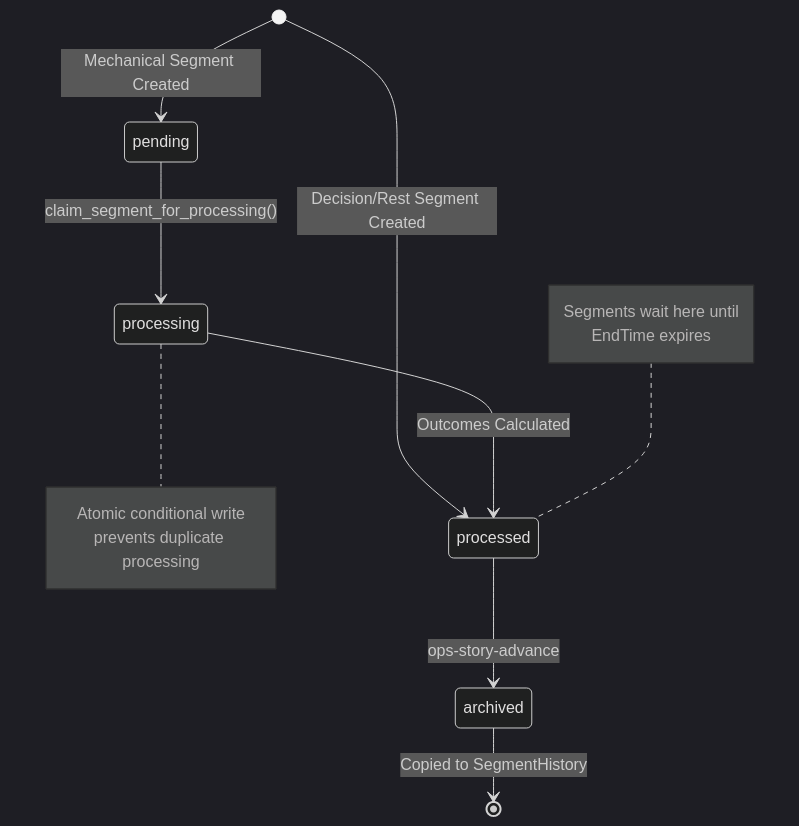
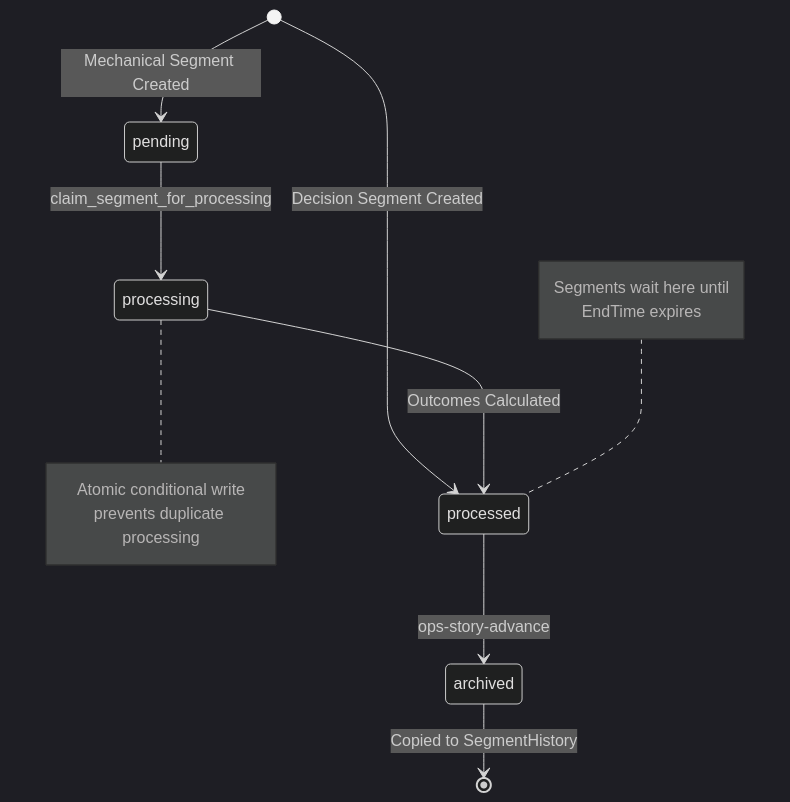
One commit to darkrelics/eidolon-engine changed the fifth of 14 diagrams in documentation/incremental-architecture-diagrams.md. Above: the diagram before and after it, drawn with Mermaid (dark theme). The commit also changed other lines of this file, not shown here.

````diff
--- a/documentation/incremental-architecture-diagrams.md
+++ b/documentation/incremental-architecture-diagrams.md
@@ -215,21 +225,21 @@
 ```mermaid
 stateDiagram-v2
     [*] --> pending: Mechanical Segment Created
-    [*] --> processed: Decision/Rest Segment Created
+    [*] --> processed: Decision Segment Created
 
-    pending --> processing: claim_segment_for_processing()
+    pending --> processing: claim_segment_for_processing
     processing --> processed: Outcomes Calculated
 
     processed --> archived: ops-story-advance
     archived --> [*]: Copied to SegmentHistory
 
     note right of processing
         Atomic conditional write
         prevents duplicate processing
     end note
 
     note left of processed
         Segments wait here until
         EndTime expires
     end note
 ```
````
